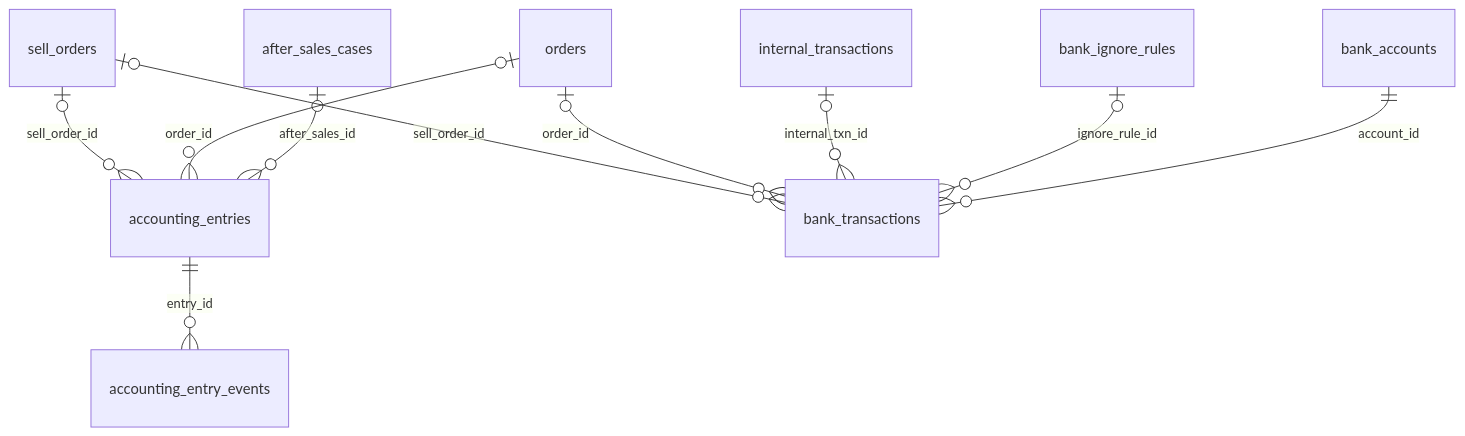
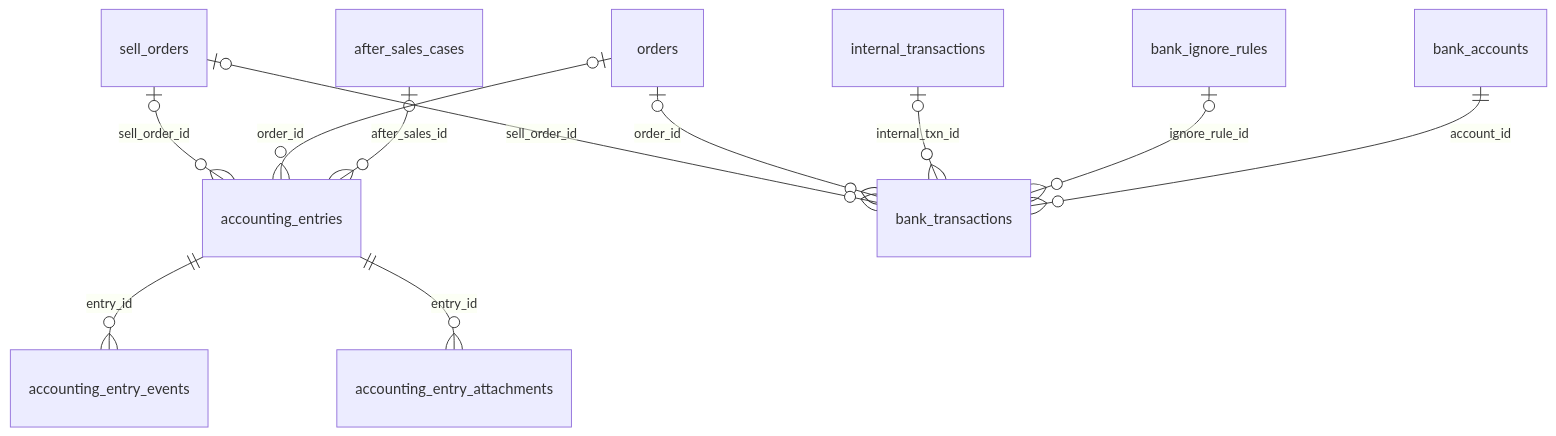
The seventh of 11 diagrams in docs/DATABASE.md (JinhuW/recycle_servres_erp), drawn with Mermaid before and after one commit. The commit also changed other lines of this file and 26 other files, not shown here.

First line of the commit message:
feat(accounting): entries keep AI-renamed payment screenshots; Reference removed (RS-390, v1.333.0) (#866)

````diff
--- a/docs/DATABASE.md
+++ b/docs/DATABASE.md
@@ -1559,12 +1559,13 @@
 ```mermaid
 erDiagram
   after_sales_cases |o--o{ accounting_entries : "after_sales_id"
   orders |o--o{ accounting_entries : "order_id"
   sell_orders |o--o{ accounting_entries : "sell_order_id"
   accounting_entries ||--o{ accounting_entry_events : "entry_id"
+  accounting_entries ||--o{ accounting_entry_attachments : "entry_id"
   bank_accounts ||--o{ bank_transactions : "account_id"
   bank_ignore_rules |o--o{ bank_transactions : "ignore_rule_id"
   internal_transactions |o--o{ bank_transactions : "internal_txn_id"
   orders |o--o{ bank_transactions : "order_id"
   sell_orders |o--o{ bank_transactions : "sell_order_id"
 ```
````
